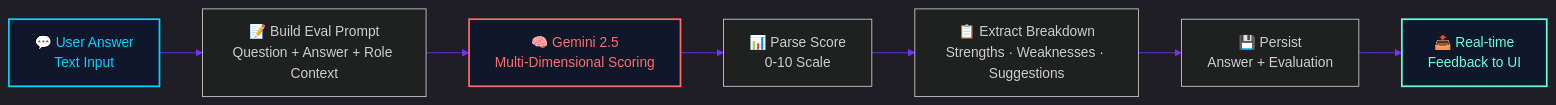
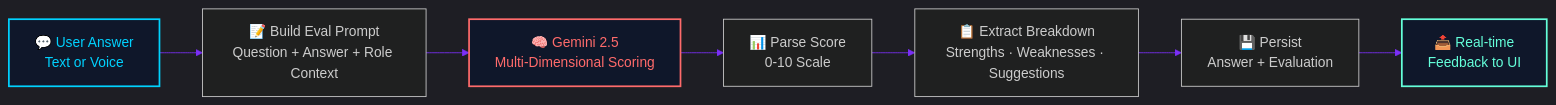
Before and after one commit to Jawahar08/interviewforge-ai: the ninth of 14 diagrams in README.md, drawn with Mermaid. The commit also changed other lines of this file and 3 other files, not shown here.

Commit message:
docs: complete README rewrite v3.0 with Voice AI, LeetCode Arena, System Design, animated SVGs, architecture diagrams, and full documentation

````diff
--- a/README.md
+++ b/README.md
@@ -574,15 +804,15 @@
 ```mermaid
 %%{init: {'theme': 'dark', 'themeVariables': { 'primaryColor': '#1e293b', 'primaryTextColor': '#e2e8f0', 'primaryBorderColor': '#64ffda', 'lineColor': '#7b2ff7', 'fontFamily': 'JetBrains Mono, monospace'}}}%%
 
 flowchart LR
-    A["💬 User Answer\nText Input"] --> B["📝 Build Eval Prompt\nQuestion + Answer + Role Context"]
+    A["💬 User Answer\nText or Voice"] --> B["📝 Build Eval Prompt\nQuestion + Answer + Role Context"]
     B --> C["🧠 Gemini 2.5\nMulti-Dimensional Scoring"]
     C --> D["📊 Parse Score\n0-10 Scale"]
     D --> E["📋 Extract Breakdown\nStrengths · Weaknesses · Suggestions"]
     E --> F["💾 Persist\nAnswer + Evaluation"]
     F --> G["📤 Real-time\nFeedback to UI"]
 
     style A fill:#0f172a,stroke:#00d2ff,stroke-width:2px,color:#00d2ff
     style C fill:#0f172a,stroke:#ff6b6b,stroke-width:2px,color:#ff6b6b
     style G fill:#0f172a,stroke:#64ffda,stroke-width:2px,color:#64ffda
 ```
````
